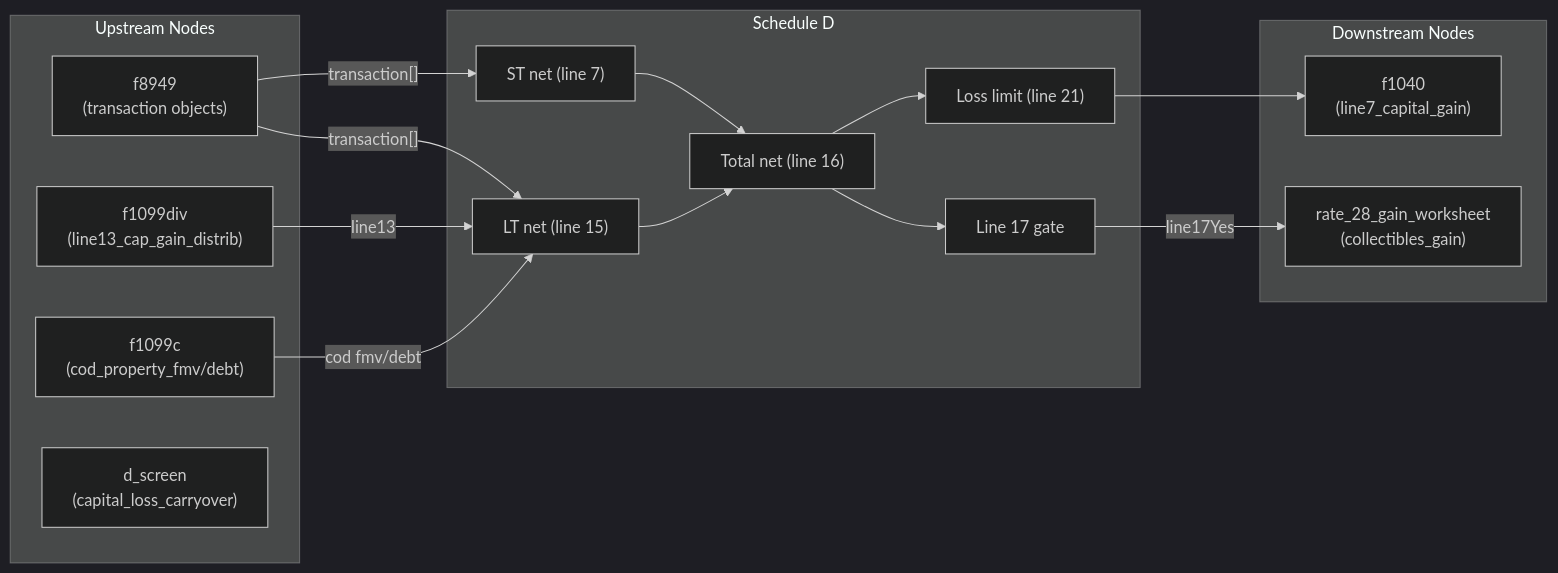
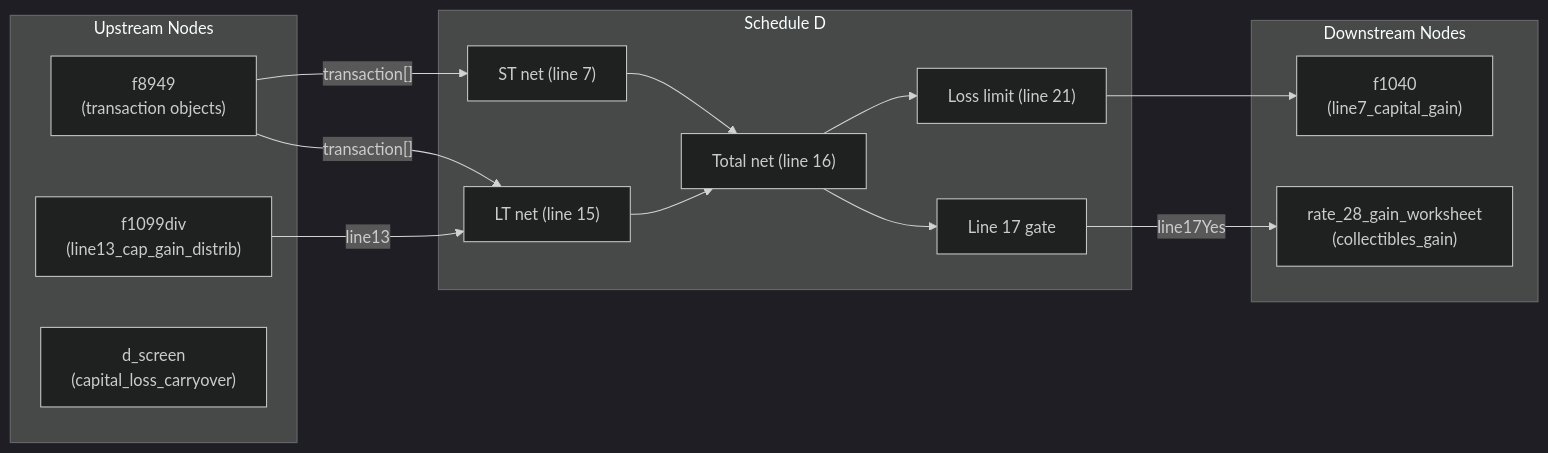
One commit to filedcom/opentax changed the diagram in forms/f1040/nodes/intermediate/aggregation/schedule_d/research/context.md. Above: the diagram before and after it, drawn with Mermaid (dark theme). The commit also changed other lines of this file and 44 other files, not shown here.

````diff
--- a/forms/f1040/nodes/intermediate/aggregation/schedule_d/research/context.md
+++ b/forms/f1040/nodes/intermediate/aggregation/schedule_d/research/context.md
@@ -142,31 +140,29 @@
 ```mermaid
 flowchart LR
   subgraph inputs["Upstream Nodes"]
     f8949["f8949<br/>(transaction objects)"]
     f1099div["f1099div<br/>(line13_cap_gain_distrib)"]
-    f1099c["f1099c<br/>(cod_property_fmv/debt)"]
     d_screen["d_screen<br/>(capital_loss_carryover)"]
   end
   subgraph form["Schedule D"]
     stGain["ST net (line 7)"]
     ltGain["LT net (line 15)"]
     total["Total net (line 16)"]
     gate17["Line 17 gate"]
     loss21["Loss limit (line 21)"]
   end
   subgraph outputs["Downstream Nodes"]
     f1040["f1040<br/>(line7_capital_gain)"]
     worksheet28["rate_28_gain_worksheet<br/>(collectibles_gain)"]
   end
 
   f8949 -->|"transaction[]"| stGain
   f8949 -->|"transaction[]"| ltGain
   f1099div -->|"line13"| ltGain
-  f1099c -->|"cod fmv/debt"| ltGain
   stGain --> total
   ltGain --> total
   total --> gate17
   total --> loss21
   gate17 -->|"line17Yes"| worksheet28
   loss21 --> f1040
 ```
````
